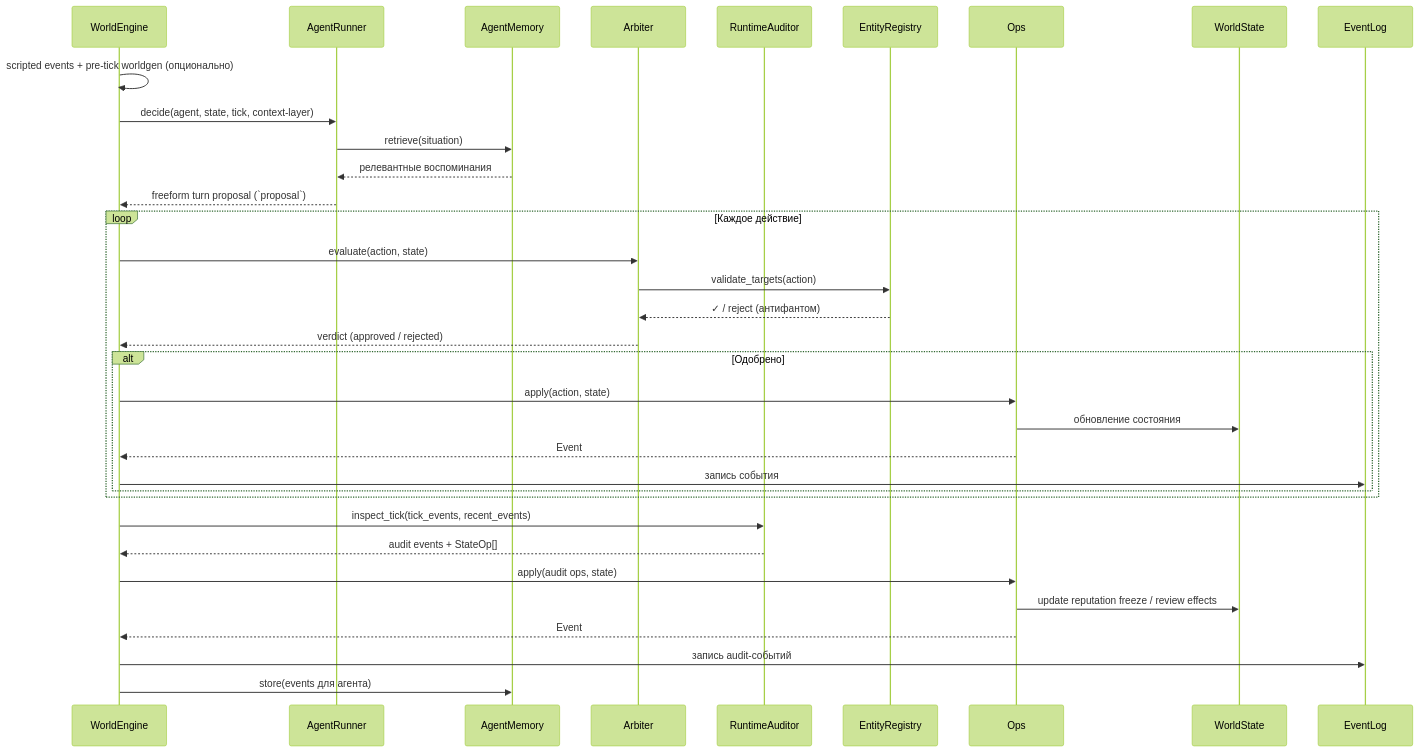
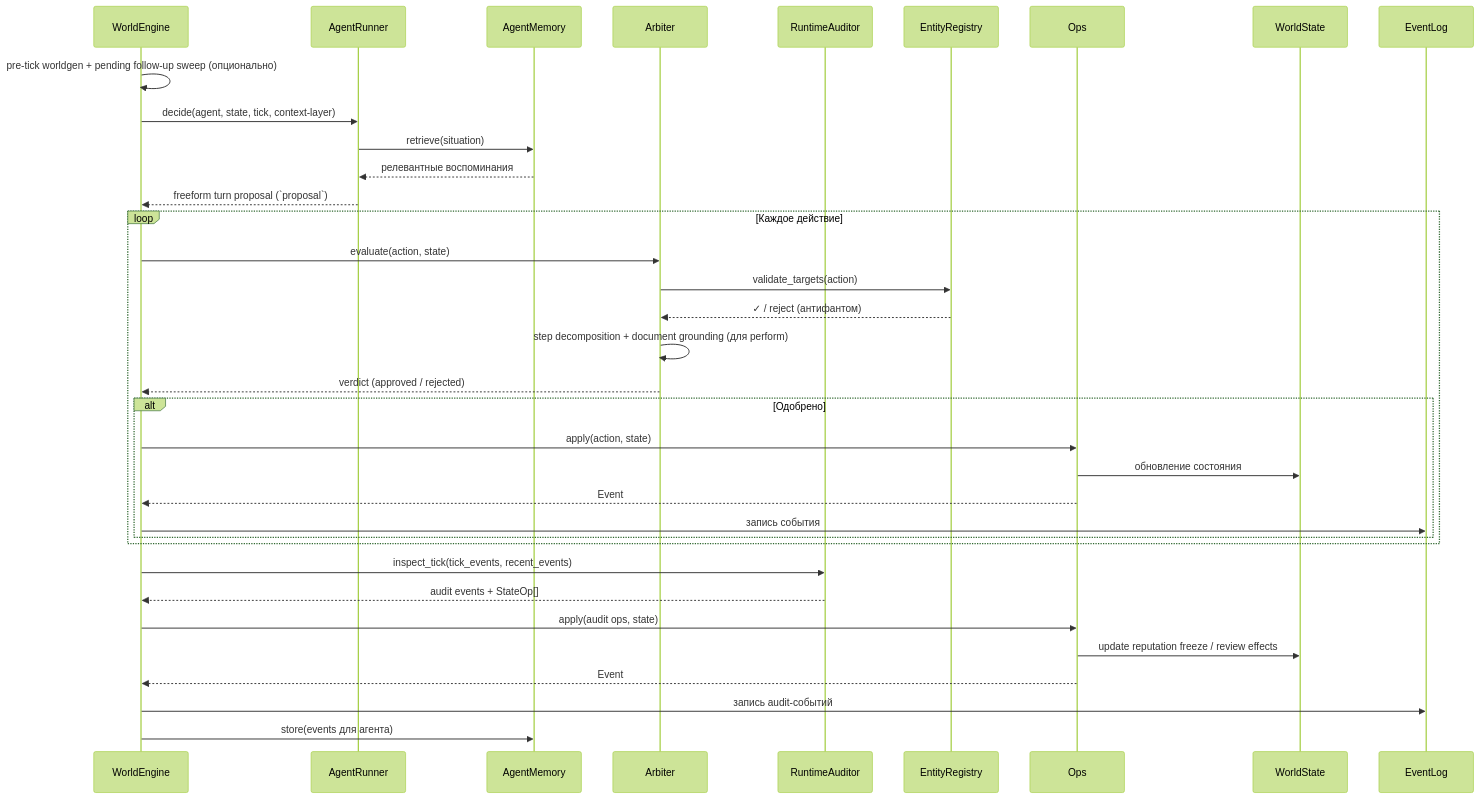
Before and after one commit to gliseop/SPHERE: the second of 3 diagrams in docs/architecture_guide.md, drawn with Mermaid (forest theme). The commit also changed other lines of this file and 20 other files, not shown here.

````diff
--- a/docs/architecture_guide.md
+++ b/docs/architecture_guide.md
@@ -159,41 +159,42 @@
 ```mermaid
 sequenceDiagram
     participant E as WorldEngine
     participant A as AgentRunner
     participant M as AgentMemory
     participant Arb as Arbiter
     participant Aud as RuntimeAuditor
     participant Ent as EntityRegistry
     participant O as Ops
     participant S as WorldState
     participant EL as EventLog
 
-    E->>E: scripted events + pre-tick worldgen (опционально)
+    E->>E: pre-tick worldgen + pending follow-up sweep (опционально)
     E->>A: decide(agent, state, tick, context-layer)
     A->>M: retrieve(situation)
     M-->>A: релевантные воспоминания
     A-->>E: freeform turn proposal (`proposal`)
 
     loop Каждое действие
         E->>Arb: evaluate(action, state)
         Arb->>Ent: validate_targets(action)
         Ent-->>Arb: ✓ / reject (антифантом)
+        Arb->>Arb: step decomposition + document grounding (для perform)
         Arb-->>E: verdict (approved / rejected)
 
         alt Одобрено
             E->>O: apply(action, state)
             O->>S: обновление состояния
             O-->>E: Event
             E->>EL: запись события
         end
     end
 
     E->>Aud: inspect_tick(tick_events, recent_events)
     Aud-->>E: audit events + StateOp[]
     E->>O: apply(audit ops, state)
     O->>S: update reputation freeze / review effects
     O-->>E: Event
     E->>EL: запись audit-событий
 
     E->>M: store(events для агента)
 ```
````
